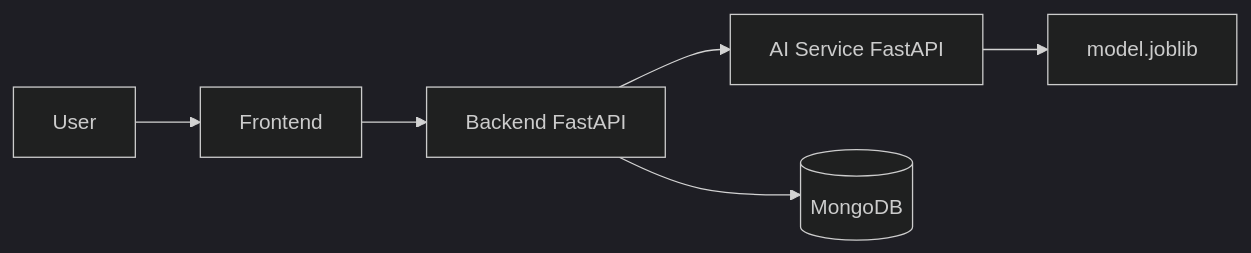
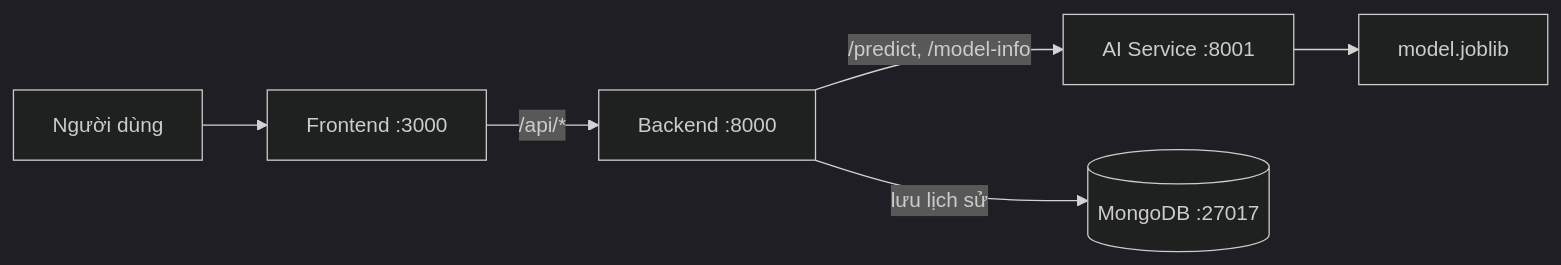
The diagram in README.md (MinhNguyen0106/07_10123263_10123224_ddgnoc), drawn with Mermaid (dark theme) before and after one commit. The commit also changed other lines of this file and 21 other files, not shown here.

````diff
--- a/README.md
+++ b/README.md
@@ -17,8 +86,8 @@
 ```mermaid
 flowchart LR
-    U[User] --> FE[Frontend]
-    FE --> BE[Backend FastAPI]
-    BE --> AI[AI Service FastAPI]
-    BE --> DB[(MongoDB)]
-    AI --> M[model.joblib]
+    User[Người dùng] --> FE[Frontend :3000]
+    FE -->|/api/*| BE[Backend :8000]
+    BE -->|/predict, /model-info| AI[AI Service :8001]
+    BE -->|lưu lịch sử| DB[(MongoDB :27017)]
+    AI --> Model[model.joblib]
 ```
````
